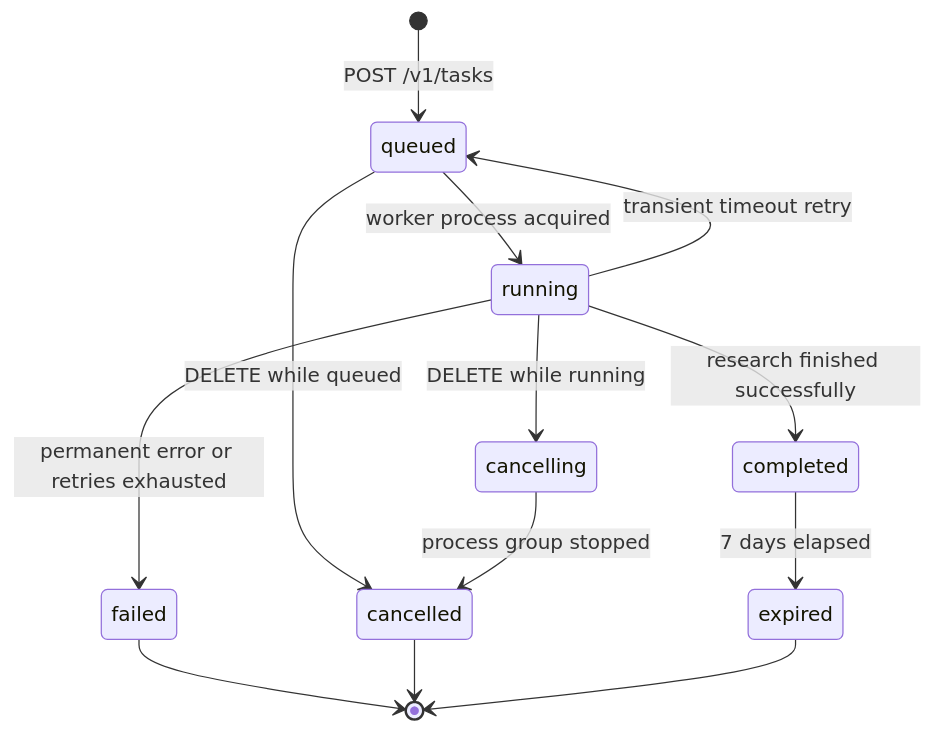
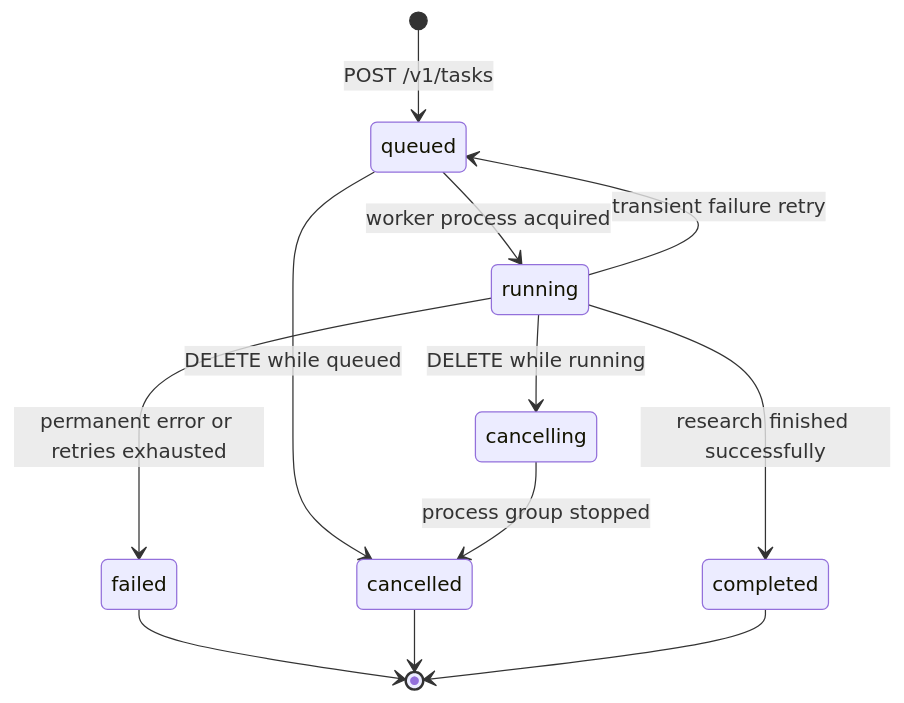
The fourth of 6 diagrams in examples/recipes/community/deep-research-worker/README.md (NVIDIA/nemoclaw-community), drawn with Mermaid before and after one commit. The commit also changed other lines of this file, not shown here.

First line of the commit message:
docs(deep-research-worker): fix output formats, retry behavior, and state lifecycle

````diff
--- a/examples/recipes/community/deep-research-worker/README.md
+++ b/examples/recipes/community/deep-research-worker/README.md
@@ -333,15 +336,14 @@
 ```mermaid
 stateDiagram-v2
     [*] --> queued: POST /v1/tasks
     queued --> running: worker process acquired
     queued --> cancelled: DELETE while queued
     running --> cancelling: DELETE while running
     cancelling --> cancelled: process group stopped
     running --> completed: research finished successfully
     running --> failed: permanent error or retries exhausted
-    running --> queued: transient timeout retry
+    running --> queued: transient failure retry
     failed --> [*]
     cancelled --> [*]
-    completed --> expired: 7 days elapsed
-    expired --> [*]
+    completed --> [*]
 ```
````
